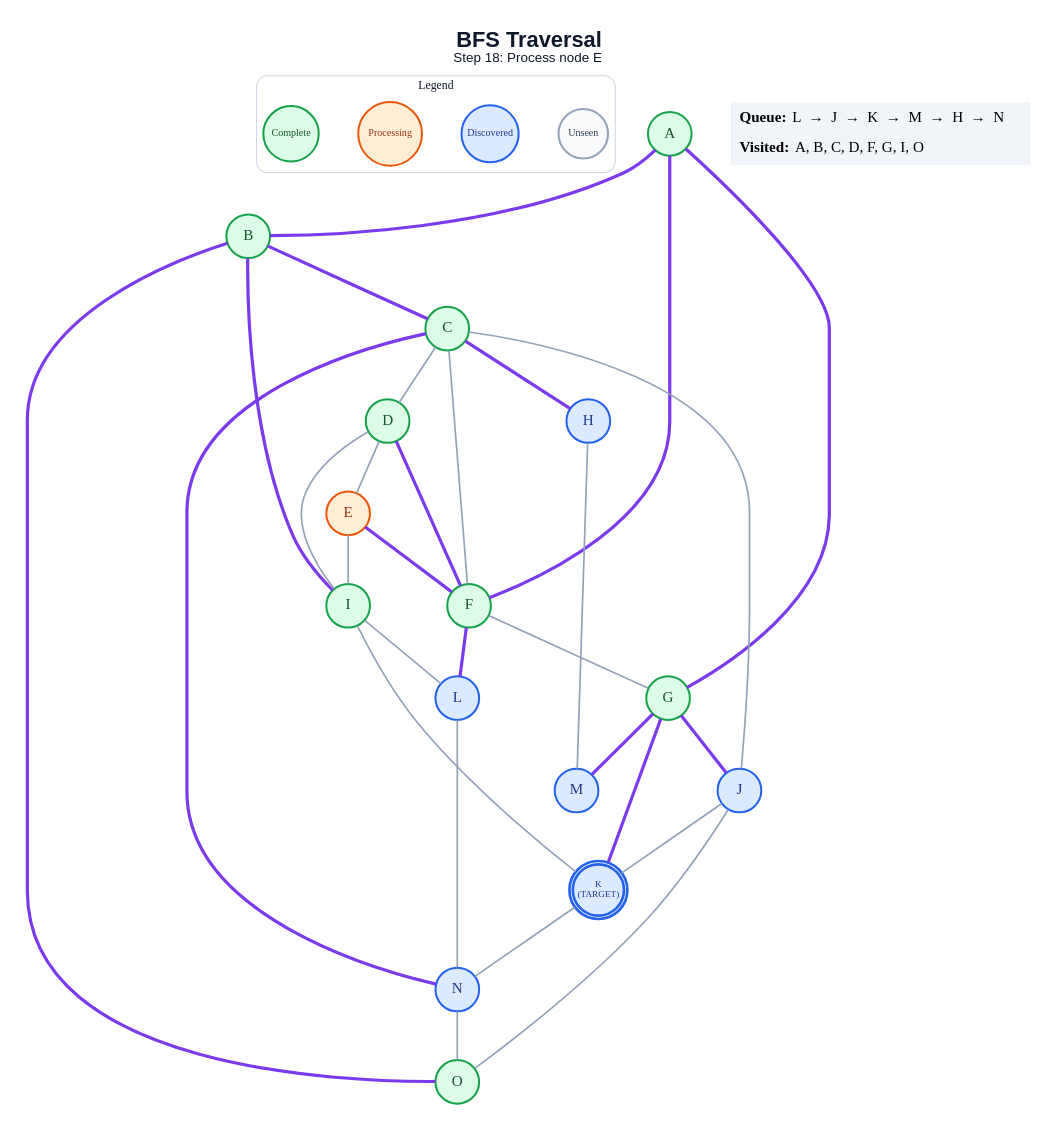
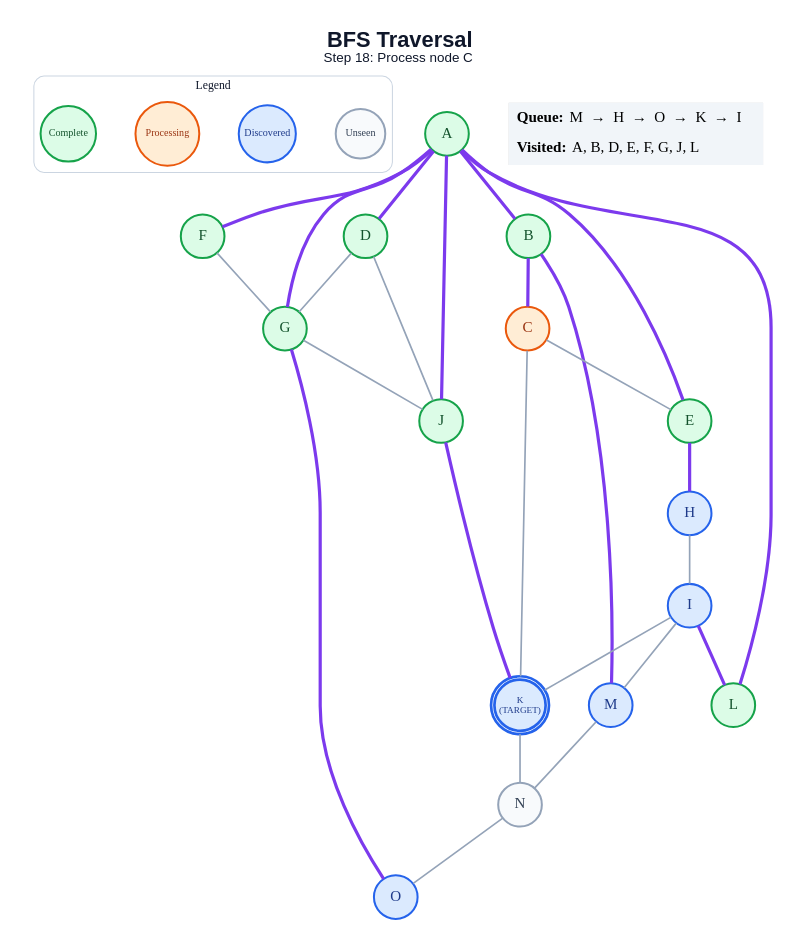
The diagram in generated/bfs/step_18.dot (anon7238593-create/ai-slop), drawn with Graphviz before and after one commit. The commit also changed 272 other files, not shown here.

```diff
--- a/generated/bfs/step_18.dot
+++ b/generated/bfs/step_18.dot
@@ -1,63 +1,59 @@
 graph traversal {
   graph [layout=dot, rankdir=TB, bgcolor="#FFFFFF", pad="0.35", nodesep="0.65", ranksep="0.8", fontname="Arial"];
   node [shape=circle, style="filled", fontname="Arial Bold", fontsize=18, width=0.72, fixedsize=true, penwidth=2.4];
   edge [color="#94A3B8", penwidth=2.0];
-  label=<<B>BFS Traversal</B><BR/><FONT POINT-SIZE="16">Step 18: Process node E</FONT>>; labelloc="t"; fontsize=26; fontname="Arial"; fontcolor="#0F172A";
+  label=<<B>BFS Traversal</B><BR/><FONT POINT-SIZE="16">Step 18: Process node C</FONT>>; labelloc="t"; fontsize=26; fontname="Arial"; fontcolor="#0F172A";
   subgraph cluster_legend { label="Legend"; color="#CBD5E1"; penwidth=1.2; style="rounded"; fontsize=14; fontname="Arial Bold";
     key_unseen [label="Unseen", fillcolor="#F8FAFC", color="#94A3B8", fontcolor="#334155", fontsize=12, width=0.82];
     key_frontier [label="Discovered", fillcolor="#DBEAFE", color="#2563EB", fontcolor="#1E3A8A", fontsize=12, width=0.95];
     key_current [label="Processing", fillcolor="#FFEDD5", color="#EA580C", fontcolor="#9A3412", fontsize=12, width=1.05];
     key_done [label="Complete", fillcolor="#DCFCE7", color="#16A34A", fontcolor="#14532D", fontsize=12, width=0.92];
     { rank=same; key_unseen; key_frontier; key_current; key_done; }
   }
   A [label="A", fillcolor="#DCFCE7", color="#16A34A", fontcolor="#14532D", peripheries=1, penwidth=2.4];
   B [label="B", fillcolor="#DCFCE7", color="#16A34A", fontcolor="#14532D", peripheries=1, penwidth=2.4];
-  C [label="C", fillcolor="#DCFCE7", color="#16A34A", fontcolor="#14532D", peripheries=1, penwidth=2.4];
+  C [label="C", fillcolor="#FFEDD5", color="#EA580C", fontcolor="#9A3412", peripheries=1, penwidth=2.4];
   D [label="D", fillcolor="#DCFCE7", color="#16A34A", fontcolor="#14532D", peripheries=1, penwidth=2.4];
-  E [label="E", fillcolor="#FFEDD5", color="#EA580C", fontcolor="#9A3412", peripheries=1, penwidth=2.4];
+  E [label="E", fillcolor="#DCFCE7", color="#16A34A", fontcolor="#14532D", peripheries=1, penwidth=2.4];
   F [label="F", fillcolor="#DCFCE7", color="#16A34A", fontcolor="#14532D", peripheries=1, penwidth=2.4];
   G [label="G", fillcolor="#DCFCE7", color="#16A34A", fontcolor="#14532D", peripheries=1, penwidth=2.4];
   H [label="H", fillcolor="#DBEAFE", color="#2563EB", fontcolor="#1E3A8A", peripheries=1, penwidth=2.4];
-  I [label="I", fillcolor="#DCFCE7", color="#16A34A", fontcolor="#14532D", peripheries=1, penwidth=2.4];
-  J [label="J", fillcolor="#DBEAFE", color="#2563EB", fontcolor="#1E3A8A", peripheries=1, penwidth=2.4];
+  I [label="I", fillcolor="#DBEAFE", color="#2563EB", fontcolor="#1E3A8A", peripheries=1, penwidth=2.4];
+  J [label="J", fillcolor="#DCFCE7", color="#16A34A", fontcolor="#14532D", peripheries=1, penwidth=2.4];
   K [label="K\n(TARGET)", fillcolor="#DBEAFE", color="#2563EB", fontcolor="#1E3A8A", peripheries=2, penwidth=3.2, fontsize=11, width=0.85, height=0.85];
-  L [label="L", fillcolor="#DBEAFE", color="#2563EB", fontcolor="#1E3A8A", peripheries=1, penwidth=2.4];
+  L [label="L", fillcolor="#DCFCE7", color="#16A34A", fontcolor="#14532D", peripheries=1, penwidth=2.4];
   M [label="M", fillcolor="#DBEAFE", color="#2563EB", fontcolor="#1E3A8A", peripheries=1, penwidth=2.4];
-  N [label="N", fillcolor="#DBEAFE", color="#2563EB", fontcolor="#1E3A8A", peripheries=1, penwidth=2.4];
-  O [label="O", fillcolor="#DCFCE7", color="#16A34A", fontcolor="#14532D", peripheries=1, penwidth=2.4];
+  N [label="N", fillcolor="#F8FAFC", color="#94A3B8", fontcolor="#334155", peripheries=1, penwidth=2.4];
+  O [label="O", fillcolor="#DBEAFE", color="#2563EB", fontcolor="#1E3A8A", peripheries=1, penwidth=2.4];
   A -- B [color="#7C3AED", penwidth=3.8];
+  A -- D [color="#7C3AED", penwidth=3.8];
+  A -- E [color="#7C3AED", penwidth=3.8];
   A -- F [color="#7C3AED", penwidth=3.8];
   A -- G [color="#7C3AED", penwidth=3.8];
+  A -- J [color="#7C3AED", penwidth=3.8];
+  A -- L [color="#7C3AED", penwidth=3.8];
   B -- C [color="#7C3AED", penwidth=3.8];
-  B -- I [color="#7C3AED", penwidth=3.8];
-  B -- O [color="#7C3AED", penwidth=3.8];
-  C -- D;
-  C -- F;
-  C -- H [color="#7C3AED", penwidth=3.8];
-  C -- J;
-  C -- N [color="#7C3AED", penwidth=3.8];
-  D -- E;
-  D -- F [color="#7C3AED", penwidth=3.8];
-  D -- I;
-  E -- F [color="#7C3AED", penwidth=3.8];
-  E -- I;
+  B -- M [color="#7C3AED", penwidth=3.8];
+  C -- E;
+  C -- K;
+  D -- G;
+  D -- J;
+  E -- H [color="#7C3AED", penwidth=3.8];
   F -- G;
-  F -- L [color="#7C3AED", penwidth=3.8];
-  G -- J [color="#7C3AED", penwidth=3.8];
-  G -- K [color="#7C3AED", penwidth=3.8];
-  G -- M [color="#7C3AED", penwidth=3.8];
-  H -- M;
+  G -- J;
+  G -- O [color="#7C3AED", penwidth=3.8];
+  H -- I;
   I -- K;
-  I -- L;
-  J -- K;
-  J -- O;
+  I -- L [color="#7C3AED", penwidth=3.8];
+  I -- M;
+  J -- K [color="#7C3AED", penwidth=3.8];
   K -- N;
-  L -- N;
+  M -- N;
   N -- O;
   status [shape=plain, fixedsize=false, width=0, height=0, margin=0, label=<
     <TABLE BORDER="0" CELLBORDER="0" CELLPADDING="7" BGCOLOR="#F1F5F9">
-      <TR><TD ALIGN="LEFT"><B>Queue:</B> L  →  J  →  K  →  M  →  H  →  N</TD></TR>
-      <TR><TD ALIGN="LEFT"><B>Visited:</B> A, B, C, D, F, G, I, O</TD></TR>
+      <TR><TD ALIGN="LEFT"><B>Queue:</B> M  →  H  →  O  →  K  →  I</TD></TR>
+      <TR><TD ALIGN="LEFT"><B>Visited:</B> A, B, D, E, F, G, J, L</TD></TR>
     </TABLE>
   >];
 }
```
